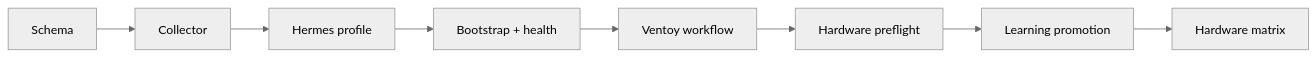
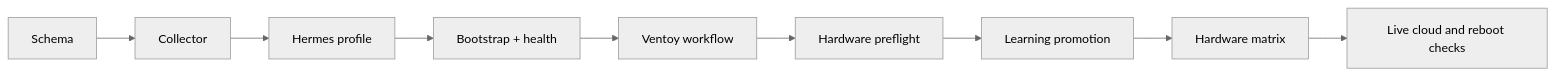
Before and after one commit to ahliweb/linux-mint-xfce-rescue-ai: the tenth of 12 diagrams in docs/design.md, drawn with Mermaid (neutral theme). The commit also changed other lines of this file and 8 other files, not shown here.

````diff
--- a/docs/design.md
+++ b/docs/design.md
@@ -221,10 +224,11 @@
 ```mermaid
 flowchart LR
     S1[Schema] --> S2[Collector]
     S2 --> S3[Hermes profile]
     S3 --> S4[Bootstrap + health]
     S4 --> S5[Ventoy workflow]
     S5 --> S6[Hardware preflight]
     S6 --> S7[Learning promotion]
     S7 --> S8[Hardware matrix]
+    S8 --> S9[Live cloud and reboot checks]
 ```
````
